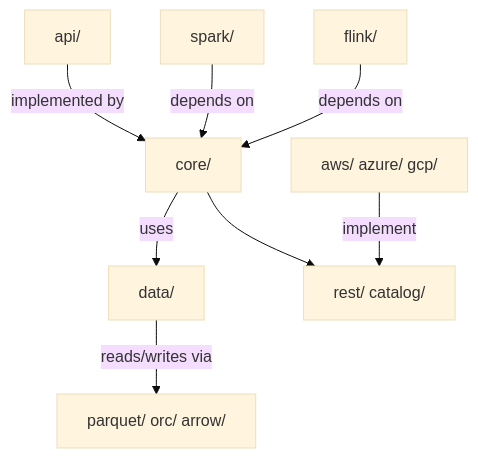
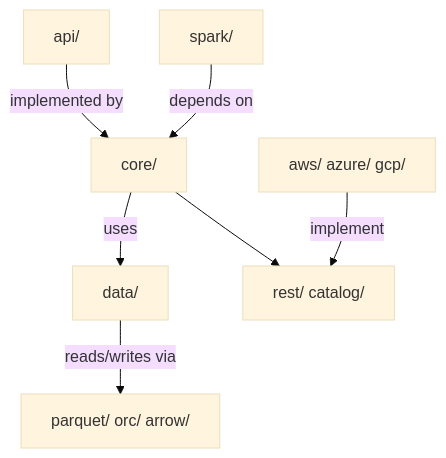
One commit to vigneshc/iceberg changed the first of 5 diagrams in CONTRIBUTING_GUIDE.md. Above: the diagram before and after it, drawn with Mermaid (base theme). The commit also changed other lines of this file, not shown here.

First line of the commit message:
docs: Revamp CONTRIBUTING_GUIDE - Spark streaming focus, remove Flink, 10 progressive bugs

````diff
--- a/CONTRIBUTING_GUIDE.md
+++ b/CONTRIBUTING_GUIDE.md
@@ -51,10 +50,9 @@
 ```mermaid
 graph TD
     A[api/] -->|implemented by| B[core/]
     B -->|uses| C[data/]
     C -->|reads/writes via| D[parquet/ orc/ arrow/]
     B --> E[rest/ catalog/]
     F[spark/] -->|depends on| B
-    G[flink/] -->|depends on| B
     H[aws/ azure/ gcp/] -->|implement| E
 ```
````
